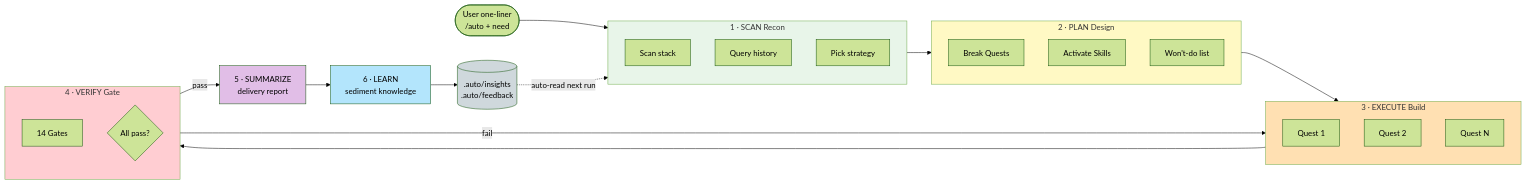
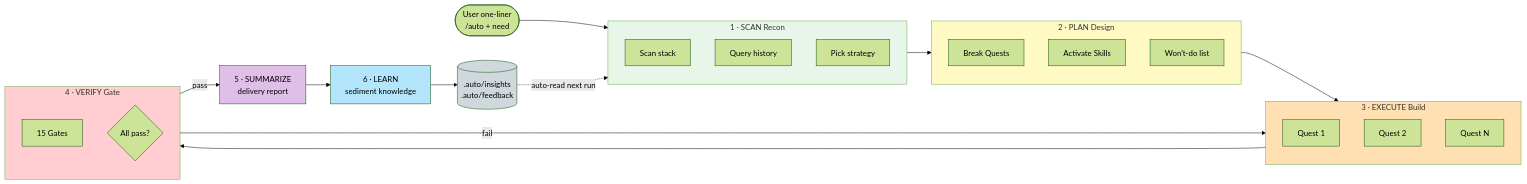
The diagram in README.en.md (ktyyer/auto-cli), drawn with Mermaid (forest theme) before and after one commit. The commit also changed other lines of this file and 11 other files, not shown here.

````diff
--- a/README.en.md
+++ b/README.en.md
@@ -123,46 +123,46 @@
 ```mermaid
 flowchart LR
     USER([User one-liner<br/>/auto + need])
     USER --> SCAN
 
     subgraph SCAN[1 · SCAN Recon]
         S1[Scan stack]
         S2[Query history]
         S3[Pick strategy]
     end
 
     subgraph PLAN[2 · PLAN Design]
         P1[Break Quests]
         P2[Activate Skills]
         P3[Won't-do list]
     end
 
     subgraph EXEC[3 · EXECUTE Build]
         E1[Quest 1]
         E2[Quest 2]
         E3[Quest N]
     end
 
     subgraph VERIFY[4 · VERIFY Gate]
-        V1[14 Gates]
+        V1[15 Gates]
         V2{All pass?}
     end
 
     SUM[5 · SUMMARIZE<br/>delivery report]
     LEARN[6 · LEARN<br/>sediment knowledge]
     MEM[(.auto/insights<br/>.auto/feedback)]
 
     SCAN --> PLAN --> EXEC --> VERIFY
     VERIFY -- fail --> EXEC
     VERIFY -- pass --> SUM --> LEARN
     LEARN --> MEM
     MEM -. auto-read next run .-> SCAN
 
     style SCAN fill:#e8f5e9
     style PLAN fill:#fff9c4
     style EXEC fill:#ffe0b2
     style VERIFY fill:#ffcdd2
     style SUM fill:#e1bee7
     style LEARN fill:#b3e5fc
     style MEM fill:#cfd8dc
 ```
````
